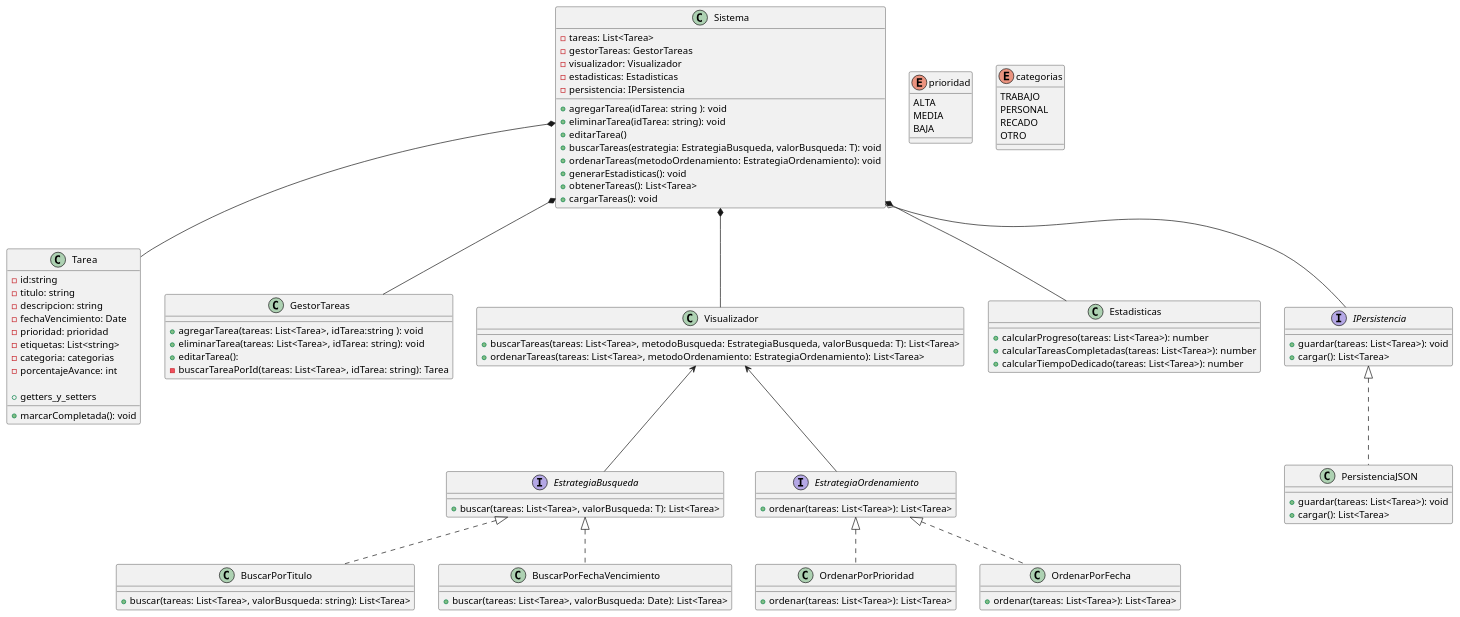
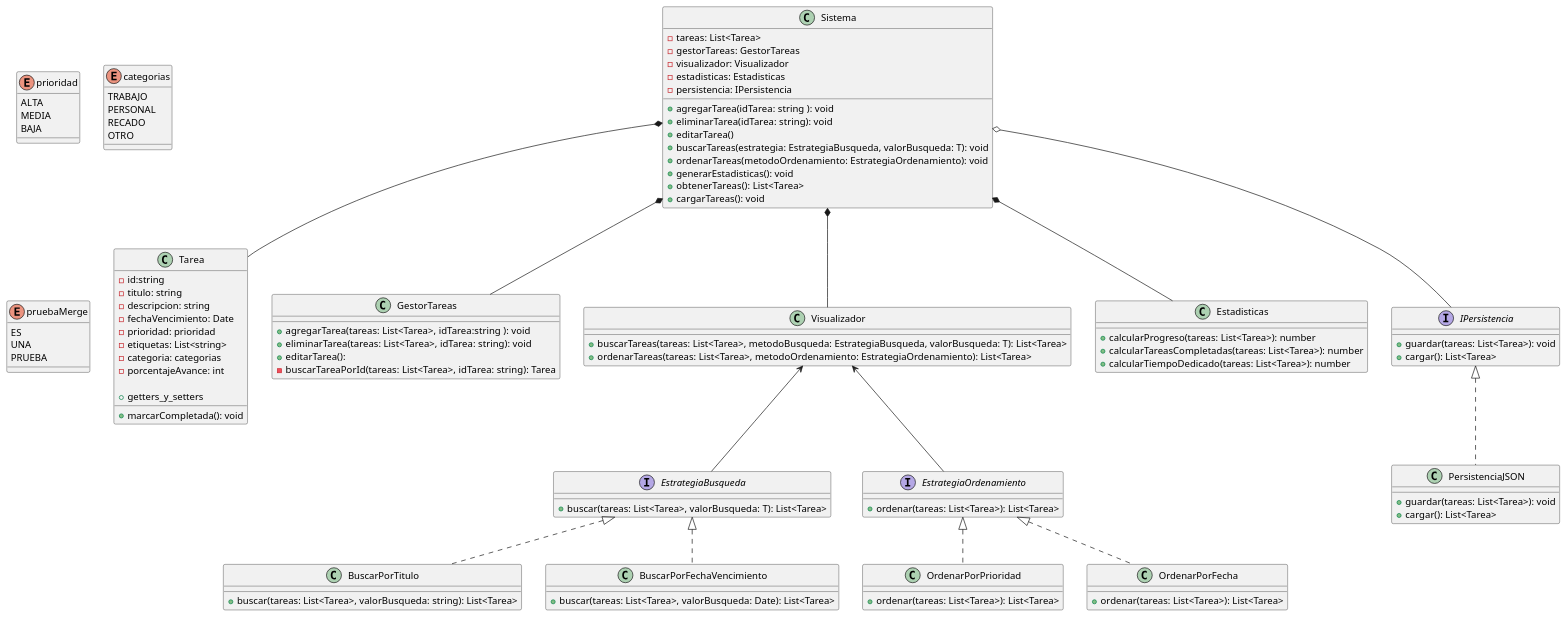
The diagram in UML/diagrama.puml (Luly88/programacion2), drawn with PlantUML before and after one commit.

Commit message:
agrego enum de prueba pre merge

```diff
--- a/UML/diagrama.puml
+++ b/UML/diagrama.puml
@@ -1,113 +1,117 @@
 @startuml TODO_app
 ' Definición de clases
 class Sistema {
   - tareas: List<Tarea>
   - gestorTareas: GestorTareas
   - visualizador: Visualizador
   - estadisticas: Estadisticas
   - persistencia: IPersistencia
   + agregarTarea(idTarea: string ): void
   + eliminarTarea(idTarea: string): void
   + editarTarea()
   + buscarTareas(estrategia: EstrategiaBusqueda, valorBusqueda: T): void
   + ordenarTareas(metodoOrdenamiento: EstrategiaOrdenamiento): void
   + generarEstadisticas(): void
   + obtenerTareas(): List<Tarea>
   + cargarTareas(): void
 }
 
 
 class Tarea {
   -id:string
   - titulo: string
   - descripcion: string
   - fechaVencimiento: Date
   - prioridad: prioridad
   - etiquetas: List<string>
   - categoria: categorias
   - porcentajeAvance: int
   
   + getters_y_setters
   + marcarCompletada(): void
 }
 
 class GestorTareas {
   + agregarTarea(tareas: List<Tarea>, idTarea:string ): void
   + eliminarTarea(tareas: List<Tarea>, idTarea: string): void
   + editarTarea(): 
   - buscarTareaPorId(tareas: List<Tarea>, idTarea: string): Tarea
 }
 
 
 class Visualizador {
   + buscarTareas(tareas: List<Tarea>, metodoBusqueda: EstrategiaBusqueda, valorBusqueda: T): List<Tarea>
   + ordenarTareas(tareas: List<Tarea>, metodoOrdenamiento: EstrategiaOrdenamiento): List<Tarea>
 }
 
 
 interface EstrategiaBusqueda {
   + buscar(tareas: List<Tarea>, valorBusqueda: T): List<Tarea>
 }
 
 class BuscarPorTitulo implements EstrategiaBusqueda {
   + buscar(tareas: List<Tarea>, valorBusqueda: string): List<Tarea>
 }
 
 class BuscarPorFechaVencimiento implements EstrategiaBusqueda {
   + buscar(tareas: List<Tarea>, valorBusqueda: Date): List<Tarea>
 }
 
 interface EstrategiaOrdenamiento {
   + ordenar(tareas: List<Tarea>): List<Tarea>
 }
 
 class OrdenarPorPrioridad implements EstrategiaOrdenamiento {
   + ordenar(tareas: List<Tarea>): List<Tarea>
 }
 
 class OrdenarPorFecha implements EstrategiaOrdenamiento {
   + ordenar(tareas: List<Tarea>): List<Tarea>
 }
 
 class Estadisticas {
   + calcularProgreso(tareas: List<Tarea>): number
   + calcularTareasCompletadas(tareas: List<Tarea>): number
   + calcularTiempoDedicado(tareas: List<Tarea>): number
 }
 
 interface IPersistencia {
   + guardar(tareas: List<Tarea>): void
   + cargar(): List<Tarea>
 }
 
 class PersistenciaJSON implements IPersistencia {
   + guardar(tareas: List<Tarea>): void
   + cargar(): List<Tarea>
 }
 
 'ENUM
 enum prioridad{
   ALTA
     MEDIA
     BAJA
   }
   enum categorias{
     TRABAJO
     PERSONAL
     RECADO
     OTRO
   }
 
-
+ enum pruebaMerge{
+    ES 
+    UNA  
+    PRUEBA  
+  }
 
   ' Relaciones
   Sistema *-- Tarea
   Sistema *-- GestorTareas
   Sistema *-- Visualizador
   Sistema *-- Estadisticas
   Sistema o-- IPersistencia
 
   Visualizador <-- EstrategiaBusqueda
   Visualizador <-- EstrategiaOrdenamiento
 
   @enduml
```
